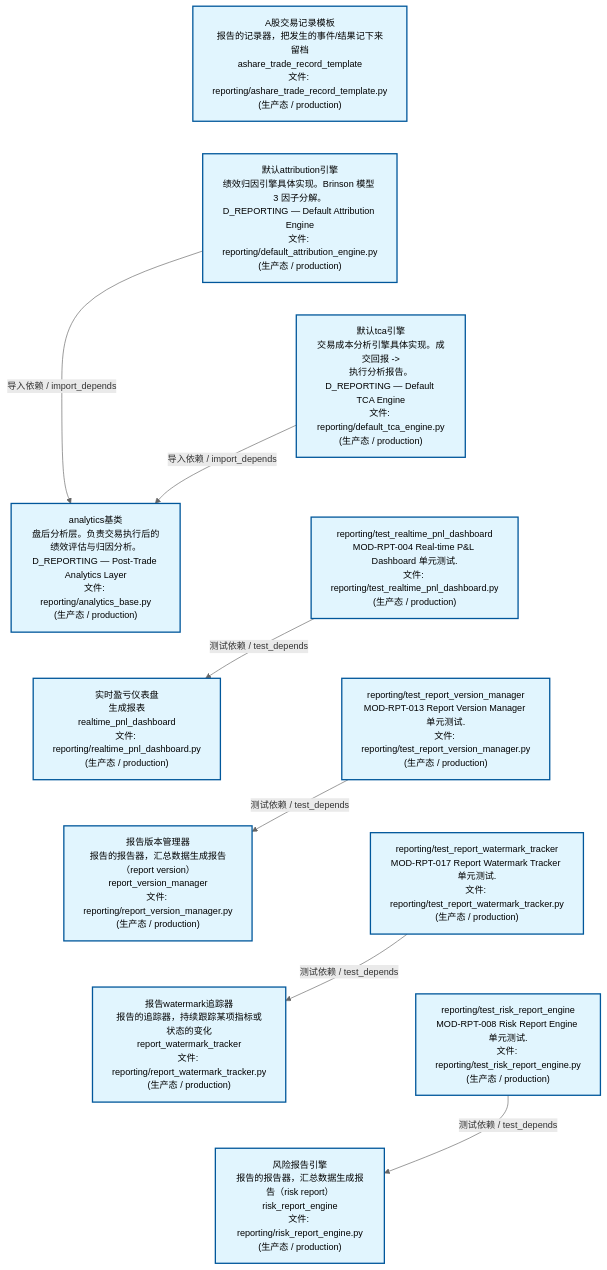
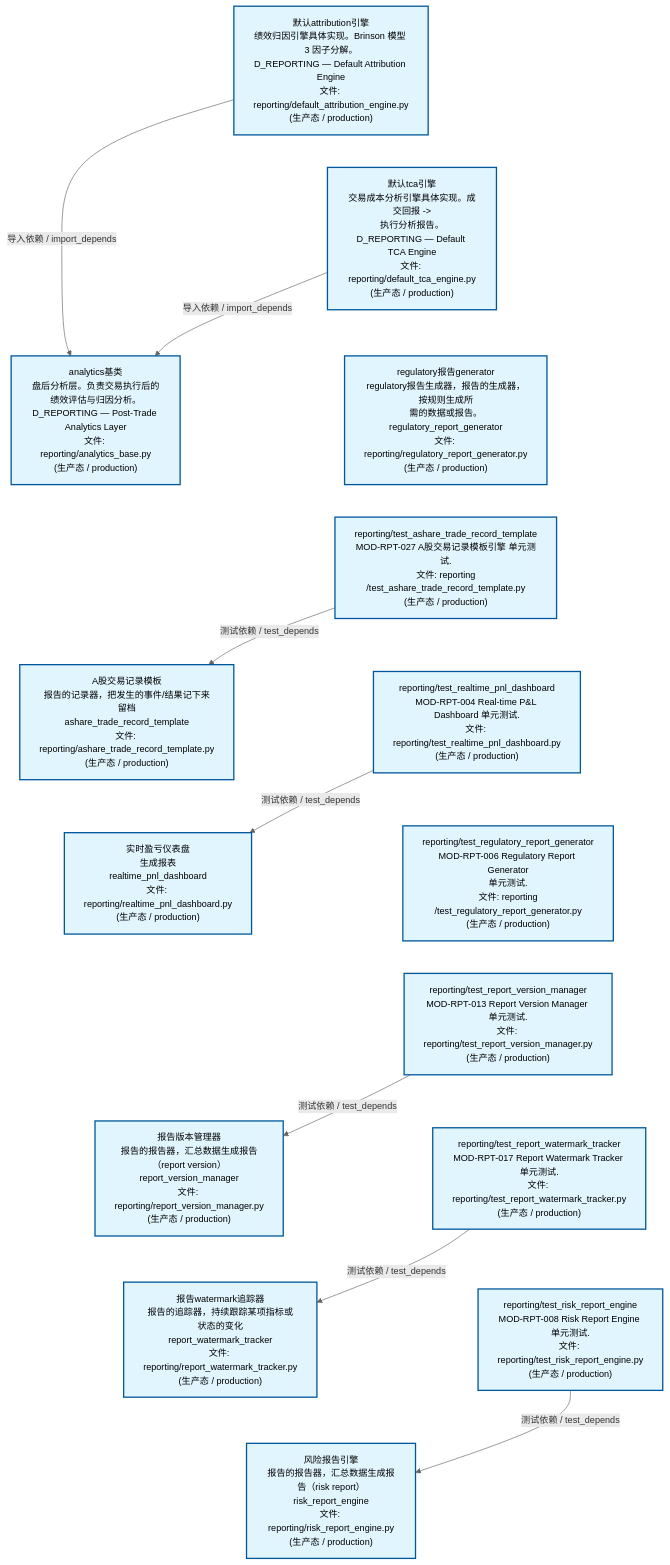
The second of 4 diagrams in docs/02_enterprise_architecture/02_domain_architecture_docs/26_d_reporting.md (xuanFelixVan/ZephyrAlpha), drawn with Mermaid before and after one commit. The commit also changed other lines of this file and 46 other files, not shown here.

````diff
--- a/docs/02_enterprise_architecture/02_domain_architecture_docs/26_d_reporting.md
+++ b/docs/02_enterprise_architecture/02_domain_architecture_docs/26_d_reporting.md
@@ -141,37 +144,44 @@
 ```mermaid
 %%{init: {'theme': 'base', 'themeVariables': {'primaryColor': '#eaeaea', 'primaryTextColor': '#333333', 'primaryBorderColor': '#666666', 'lineColor': '#666666', 'secondaryColor': '#eaeaea', 'tertiaryColor': '#eaeaea', 'fontSize': '14px'}}}%%
 flowchart TD
-    src_zephyr_reporting_ashare_trade_record_template_py["A股交易记录模板<br/>报告的记录器，把发生的事件/结果记下来留档<br/>ashare_trade_record_template<br/>文件: reporting/ashare_trade_record_template.py<br/>(生产态 / production)"]
     src_zephyr_reporting_default_attribution_engine_py["默认attribution引擎<br/>绩效归因引擎具体实现。Brinson 模型 3 因子分解。<br/>D_REPORTING — Default Attribution Engine<br/>文件: reporting/default_attribution_engine.py<br/>(生产态 / production)"]
     src_zephyr_reporting_default_tca_engine_py["默认tca引擎<br/>交易成本分析引擎具体实现。成交回报 -><br/>执行分析报告。<br/>D_REPORTING — Default TCA Engine<br/>文件: reporting/default_tca_engine.py<br/>(生产态 / production)"]
+    src_zephyr_reporting_regulatory_report_generator_py["regulatory报告generator<br/>regulatory报告生成器，报告的生成器，按规则生成所<br/>需的数据或报告。<br/>regulatory_report_generator<br/>文件: reporting/regulatory_report_generator.py<br/>(生产态 / production)"]
+    tests_reporting_test_ashare_trade_record_template_py["reporting/test_ashare_trade_record_template<br/>MOD-RPT-027 A股交易记录模板引擎 单元测试.<br/>文件: reporting<br/>/test_ashare_trade_record_template.py<br/>(生产态 / production)"]
     tests_reporting_test_realtime_pnl_dashboard_py["reporting/test_realtime_pnl_dashboard<br/>MOD-RPT-004 Real-time P&L Dashboard 单元测试.<br/>文件: reporting/test_realtime_pnl_dashboard.py<br/>(生产态 / production)"]
+    tests_reporting_test_regulatory_report_generator_py["reporting/test_regulatory_report_generator<br/>MOD-RPT-006 Regulatory Report Generator<br/>单元测试.<br/>文件: reporting<br/>/test_regulatory_report_generator.py<br/>(生产态 / production)"]
     tests_reporting_test_report_version_manager_py["reporting/test_report_version_manager<br/>MOD-RPT-013 Report Version Manager 单元测试.<br/>文件: reporting/test_report_version_manager.py<br/>(生产态 / production)"]
     tests_reporting_test_report_watermark_tracker_py["reporting/test_report_watermark_tracker<br/>MOD-RPT-017 Report Watermark Tracker 单元测试.<br/>文件: reporting/test_report_watermark_tracker.py<br/>(生产态 / production)"]
     tests_reporting_test_risk_report_engine_py["reporting/test_risk_report_engine<br/>MOD-RPT-008 Risk Report Engine 单元测试.<br/>文件: reporting/test_risk_report_engine.py<br/>(生产态 / production)"]
-    src_zephyr_reporting_ashare_trade_record_template_py ~~~ src_zephyr_reporting_default_attribution_engine_py
     src_zephyr_reporting_default_attribution_engine_py ~~~ src_zephyr_reporting_default_tca_engine_py
-    src_zephyr_reporting_default_tca_engine_py ~~~ tests_reporting_test_realtime_pnl_dashboard_py
-    tests_reporting_test_realtime_pnl_dashboard_py ~~~ tests_reporting_test_report_version_manager_py
+    src_zephyr_reporting_default_tca_engine_py ~~~ src_zephyr_reporting_regulatory_report_generator_py
+    src_zephyr_reporting_regulatory_report_generator_py ~~~ tests_reporting_test_ashare_trade_record_template_py
+    tests_reporting_test_ashare_trade_record_template_py ~~~ tests_reporting_test_realtime_pnl_dashboard_py
+    tests_reporting_test_realtime_pnl_dashboard_py ~~~ tests_reporting_test_regulatory_report_generator_py
+    tests_reporting_test_regulatory_report_generator_py ~~~ tests_reporting_test_report_version_manager_py
     tests_reporting_test_report_version_manager_py ~~~ tests_reporting_test_report_watermark_tracker_py
     tests_reporting_test_report_watermark_tracker_py ~~~ tests_reporting_test_risk_report_engine_py
     src_zephyr_reporting_analytics_base_py["analytics基类<br/>盘后分析层。负责交易执行后的绩效评估与归因分析。<br/>D_REPORTING — Post-Trade Analytics Layer<br/>文件: reporting/analytics_base.py<br/>(生产态 / production)"]
+    src_zephyr_reporting_ashare_trade_record_template_py["A股交易记录模板<br/>报告的记录器，把发生的事件/结果记下来留档<br/>ashare_trade_record_template<br/>文件: reporting/ashare_trade_record_template.py<br/>(生产态 / production)"]
     src_zephyr_reporting_realtime_pnl_dashboard_py["实时盈亏仪表盘<br/>生成报表<br/>realtime_pnl_dashboard<br/>文件: reporting/realtime_pnl_dashboard.py<br/>(生产态 / production)"]
     src_zephyr_reporting_report_version_manager_py["报告版本管理器<br/>报告的报告器，汇总数据生成报告（report version）<br/>report_version_manager<br/>文件: reporting/report_version_manager.py<br/>(生产态 / production)"]
     src_zephyr_reporting_report_watermark_tracker_py["报告watermark追踪器<br/>报告的追踪器，持续跟踪某项指标或状态的变化<br/>report_watermark_tracker<br/>文件: reporting/report_watermark_tracker.py<br/>(生产态 / production)"]
     src_zephyr_reporting_risk_report_engine_py["风险报告引擎<br/>报告的报告器，汇总数据生成报告（risk report）<br/>risk_report_engine<br/>文件: reporting/risk_report_engine.py<br/>(生产态 / production)"]
-    src_zephyr_reporting_analytics_base_py ~~~ src_zephyr_reporting_realtime_pnl_dashboard_py
+    src_zephyr_reporting_analytics_base_py ~~~ src_zephyr_reporting_ashare_trade_record_template_py
+    src_zephyr_reporting_ashare_trade_record_template_py ~~~ src_zephyr_reporting_realtime_pnl_dashboard_py
     src_zephyr_reporting_realtime_pnl_dashboard_py ~~~ src_zephyr_reporting_report_version_manager_py
     src_zephyr_reporting_report_version_manager_py ~~~ src_zephyr_reporting_report_watermark_tracker_py
     src_zephyr_reporting_report_watermark_tracker_py ~~~ src_zephyr_reporting_risk_report_engine_py
     src_zephyr_reporting_default_attribution_engine_py -->|导入依赖 / import_depends| src_zephyr_reporting_analytics_base_py
     src_zephyr_reporting_default_tca_engine_py -->|导入依赖 / import_depends| src_zephyr_reporting_analytics_base_py
+    tests_reporting_test_report_version_manager_py -->|测试依赖 / test_depends| src_zephyr_reporting_report_version_manager_py
+    tests_reporting_test_report_watermark_tracker_py -->|测试依赖 / test_depends| src_zephyr_reporting_report_watermark_tracker_py
     tests_reporting_test_realtime_pnl_dashboard_py -->|测试依赖 / test_depends| src_zephyr_reporting_realtime_pnl_dashboard_py
-    tests_reporting_test_report_version_manager_py -->|测试依赖 / test_depends| src_zephyr_reporting_report_version_manager_py
     tests_reporting_test_risk_report_engine_py -->|测试依赖 / test_depends| src_zephyr_reporting_risk_report_engine_py
-    tests_reporting_test_report_watermark_tracker_py -->|测试依赖 / test_depends| src_zephyr_reporting_report_watermark_tracker_py
+    tests_reporting_test_ashare_trade_record_template_py -->|测试依赖 / test_depends| src_zephyr_reporting_ashare_trade_record_template_py
     classDef production fill:#e1f5fe,stroke:#01579b,stroke-width:2px,color:#000
     classDef design fill:#fff3e0,stroke:#e65100,stroke-width:2px,color:#000,stroke-dasharray: 5 5
     classDef external_prod fill:#e8f4fd,stroke:#0277bd,stroke-width:1px,color:#000
     classDef external_design fill:#fff8e7,stroke:#ef6c00,stroke-width:1px,color:#000,stroke-dasharray: 5 5
-    class src_zephyr_reporting_analytics_base_py,src_zephyr_reporting_ashare_trade_record_template_py,src_zephyr_reporting_default_attribution_engine_py,src_zephyr_reporting_default_tca_engine_py,src_zephyr_reporting_realtime_pnl_dashboard_py,src_zephyr_reporting_report_version_manager_py,src_zephyr_reporting_report_watermark_tracker_py,src_zephyr_reporting_risk_report_engine_py,tests_reporting_test_realtime_pnl_dashboard_py,tests_reporting_test_report_version_manager_py,tests_reporting_test_report_watermark_tracker_py,tests_reporting_test_risk_report_engine_py production
+    class src_zephyr_reporting_analytics_base_py,src_zephyr_reporting_ashare_trade_record_template_py,src_zephyr_reporting_default_attribution_engine_py,src_zephyr_reporting_default_tca_engine_py,src_zephyr_reporting_realtime_pnl_dashboard_py,src_zephyr_reporting_regulatory_report_generator_py,src_zephyr_reporting_report_version_manager_py,src_zephyr_reporting_report_watermark_tracker_py,src_zephyr_reporting_risk_report_engine_py,tests_reporting_test_ashare_trade_record_template_py,tests_reporting_test_realtime_pnl_dashboard_py,tests_reporting_test_regulatory_report_generator_py,tests_reporting_test_report_version_manager_py,tests_reporting_test_report_watermark_tracker_py,tests_reporting_test_risk_report_engine_py production
 ```
````
